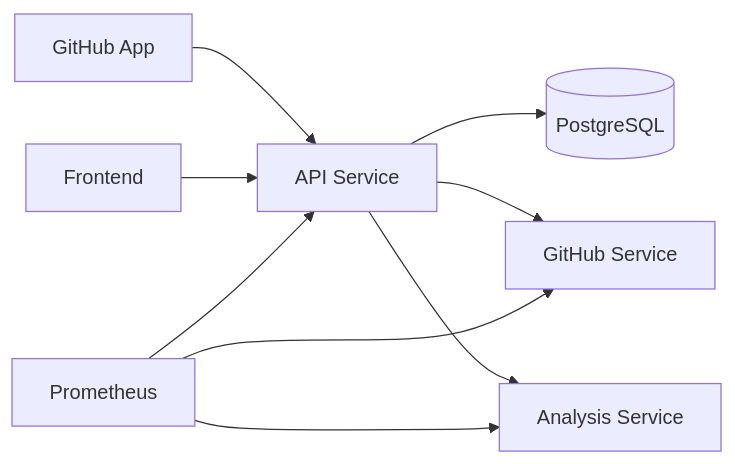
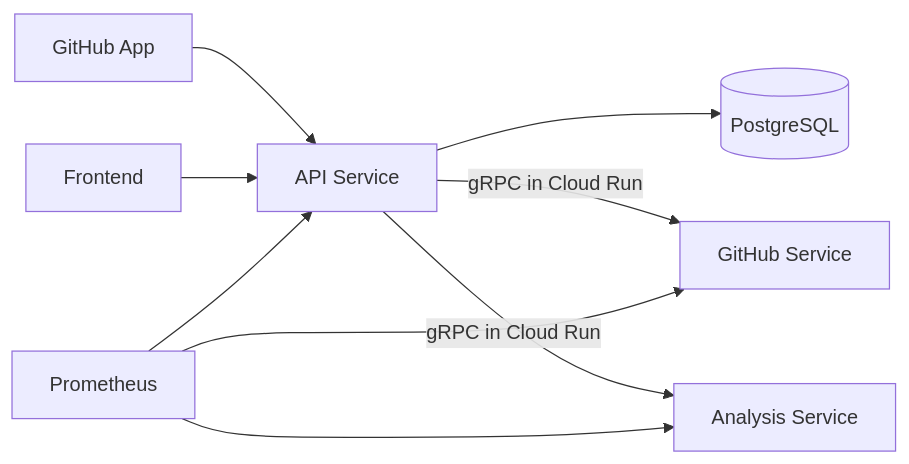
Before and after one commit to aicodesentry/codesentry: the diagram in docs/architecture/overview.md, drawn with Mermaid. The commit also changed other lines of this file and 6 other files, not shown here.

Commit message:
Docs: align deployment docs with gRPC Cloud Run setup

````diff
--- a/docs/architecture/overview.md
+++ b/docs/architecture/overview.md
@@ -5,11 +5,11 @@
 ```mermaid
 flowchart LR
   GitHub[GitHub App] --> API[API Service]
   UI[Frontend] --> API
   API --> DB[(PostgreSQL)]
-  API --> GH[GitHub Service]
-  API --> Analysis[Analysis Service]
+  API -->|gRPC in Cloud Run| GH[GitHub Service]
+  API -->|gRPC in Cloud Run| Analysis[Analysis Service]
   Prom[Prometheus] --> API
   Prom --> GH
   Prom --> Analysis
 ```
````
